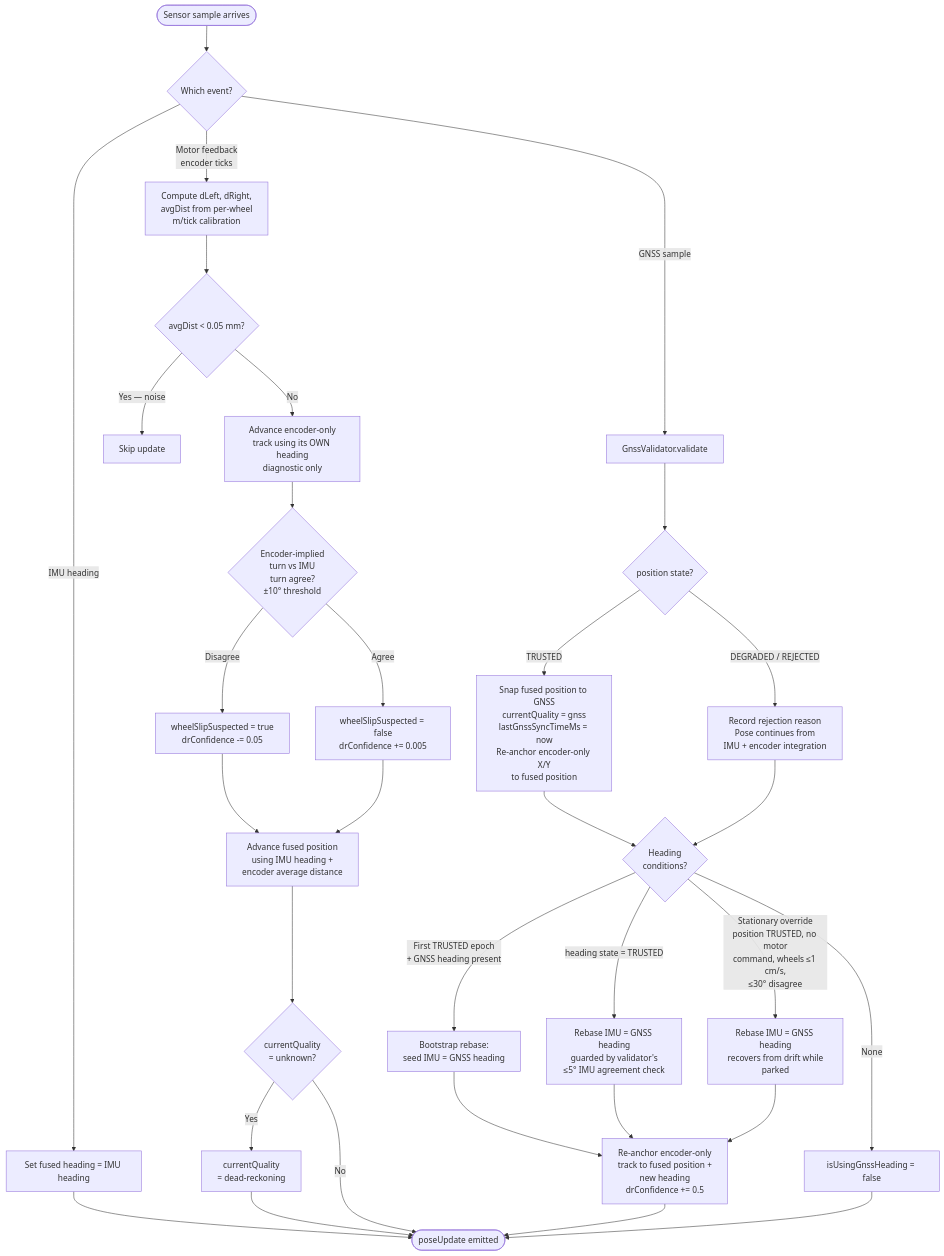
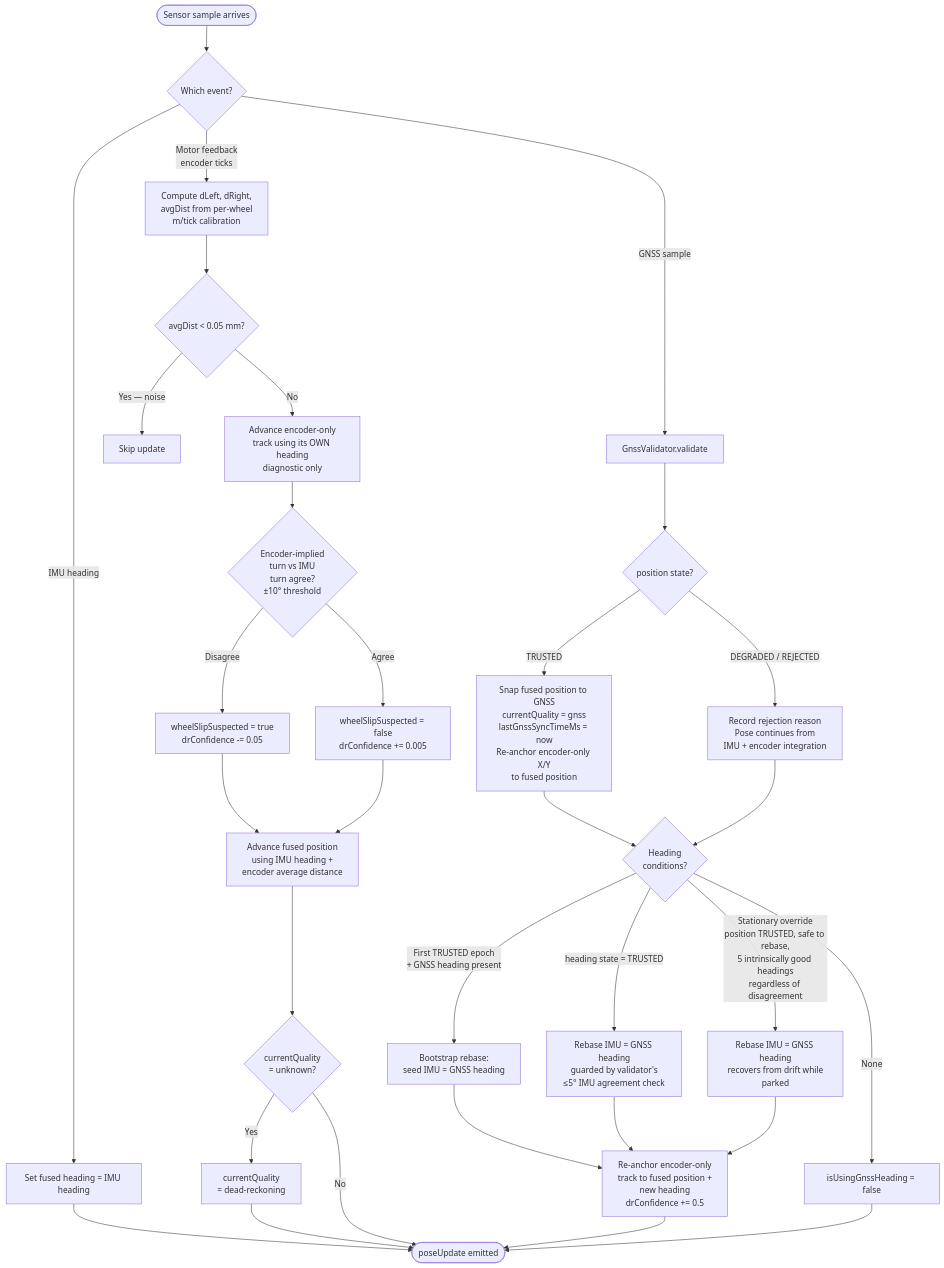
The first of 2 diagrams in docs/pose-fusion.md (davidgoddard/mower2026), drawn with Mermaid before and after one commit. The commit also changed other lines of this file and 4 other files, not shown here.

Commit message:
Allow sustained GNSS heading to rebase IMU

````diff
--- a/docs/pose-fusion.md
+++ b/docs/pose-fusion.md
@@ -45,45 +45,45 @@
 ```mermaid
 flowchart TD
     Start([Sensor sample arrives]) --> Which{Which event?}
 
     Which -->|IMU heading| IMU[Set fused heading = IMU heading]
     IMU --> Emit[Emit poseUpdate]
 
     Which -->|Motor feedback<br/>encoder ticks| Enc1[Compute dLeft, dRight,<br/>avgDist from per-wheel<br/>m/tick calibration]
     Enc1 --> Tiny{avgDist &lt; 0.05 mm?}
     Tiny -->|Yes — noise| Done[Skip update]
     Tiny -->|No| EncOnly[Advance encoder-only<br/>track using its OWN heading<br/>diagnostic only]
     EncOnly --> Slip{Encoder-implied<br/>turn vs IMU<br/>turn agree?<br/>±10° threshold}
     Slip -->|Disagree| SlipBad[wheelSlipSuspected = true<br/>drConfidence -= 0.05]
     Slip -->|Agree| SlipOk[wheelSlipSuspected = false<br/>drConfidence += 0.005]
     SlipBad --> AdvanceFused
     SlipOk --> AdvanceFused
     AdvanceFused[Advance fused position<br/>using IMU heading +<br/>encoder average distance]
     AdvanceFused --> EncQual{currentQuality<br/>= unknown?}
     EncQual -->|Yes| Demote[currentQuality<br/>= dead-reckoning]
     EncQual -->|No| Emit
     Demote --> Emit
 
     Which -->|GNSS sample| Validate[GnssValidator.validate]
     Validate --> ValidatorState{position state?}
 
     ValidatorState -->|TRUSTED| SnapPos[Snap fused position to GNSS<br/>currentQuality = gnss<br/>lastGnssSyncTimeMs = now<br/>Re-anchor encoder-only X/Y<br/>to fused position]
     ValidatorState -->|DEGRADED / REJECTED| RecRej[Record rejection reason<br/>Pose continues from<br/>IMU + encoder integration]
 
     SnapPos --> HeadCheck{Heading<br/>conditions?}
     RecRej --> HeadCheck
 
     HeadCheck -->|First TRUSTED epoch<br/>+ GNSS heading present| Bootstrap[Bootstrap rebase:<br/>seed IMU = GNSS heading]
     HeadCheck -->|heading state = TRUSTED| RebaseTrusted[Rebase IMU = GNSS heading<br/>guarded by validator's<br/>≤5° IMU agreement check]
-    HeadCheck -->|Stationary override<br/>position TRUSTED, no motor<br/>command, wheels ≤1 cm/s,<br/>≤30° disagree| RebaseStat[Rebase IMU = GNSS heading<br/>recovers from drift while<br/>parked]
+    HeadCheck -->|Stationary override<br/>position TRUSTED, safe to rebase,<br/>5 intrinsically good headings<br/>regardless of disagreement| RebaseStat[Rebase IMU = GNSS heading<br/>recovers from drift while<br/>parked]
     HeadCheck -->|None| NoRebase[isUsingGnssHeading = false]
 
     Bootstrap --> ReanchorEnc
     RebaseTrusted --> ReanchorEnc
     RebaseStat --> ReanchorEnc
     ReanchorEnc[Re-anchor encoder-only<br/>track to fused position +<br/>new heading<br/>drConfidence += 0.5]
     ReanchorEnc --> Emit
     NoRebase --> Emit
 
     Emit([poseUpdate emitted])
 ```
````
